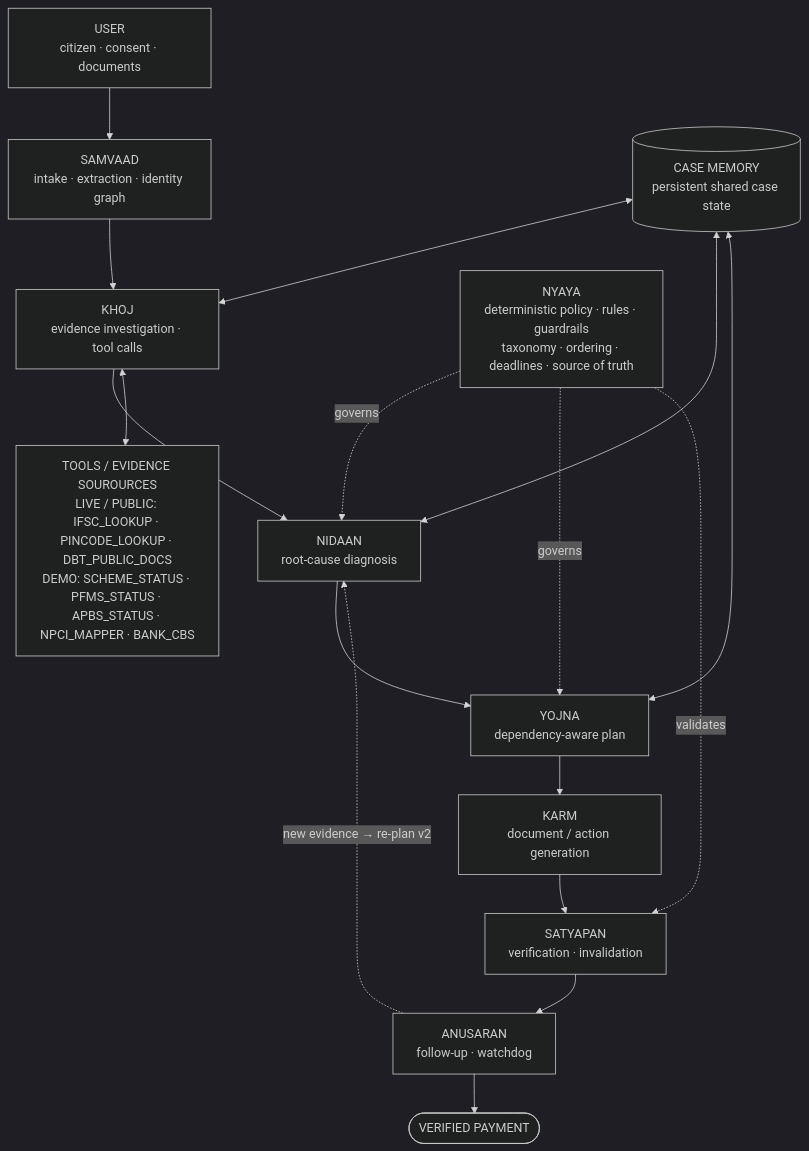
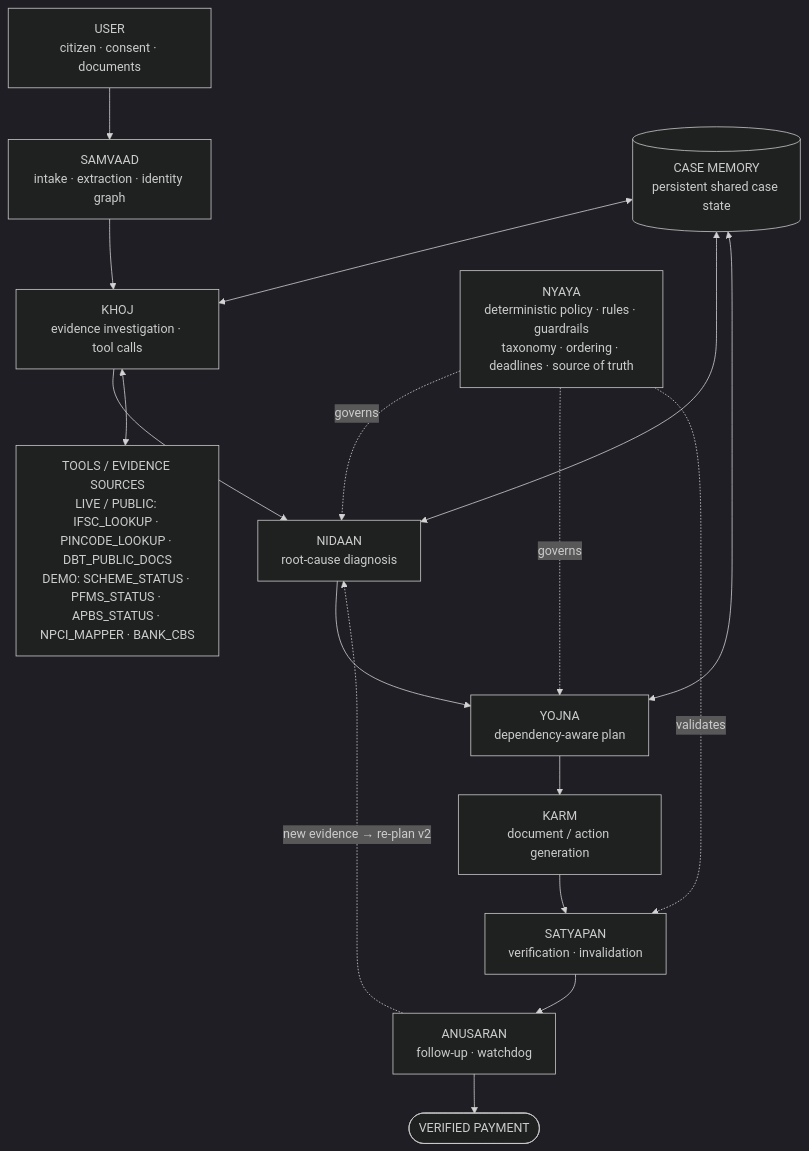
Before and after one commit to harshtakalkar037-boop/HAQ-DBT-Recovery-Agent: the diagram in README.md, drawn with Mermaid (dark theme). The commit also changed other lines of this file, not shown here.

````diff
--- a/README.md
+++ b/README.md
@@ -263,26 +264,26 @@
 ```mermaid
 flowchart TD
     U["USER<br/>citizen · consent · documents"] --> S["SAMVAAD<br/>intake · extraction · identity graph"]
     S --> K["KHOJ<br/>evidence investigation · tool calls"]
     K --> N["NIDAAN<br/>root-cause diagnosis"]
     N --> Y["YOJNA<br/>dependency-aware plan"]
     Y --> KA["KARM<br/>document / action generation"]
     KA --> SA["SATYAPAN<br/>verification · invalidation"]
     SA --> AN["ANUSARAN<br/>follow-up · watchdog"]
     AN --> V(["VERIFIED PAYMENT"])
 
     AN -. "new evidence → re-plan v2" .-> N
 
-    T["TOOLS / EVIDENCE SOUROURCES<br/>LIVE / PUBLIC: IFSC_LOOKUP · PINCODE_LOOKUP · DBT_PUBLIC_DOCS<br/>DEMO: SCHEME_STATUS · PFMS_STATUS · APBS_STATUS · NPCI_MAPPER · BANK_CBS"]
+    T["TOOLS / EVIDENCE SOURCES<br/>LIVE / PUBLIC: IFSC_LOOKUP · PINCODE_LOOKUP · DBT_PUBLIC_DOCS<br/>DEMO: SCHEME_STATUS · PFMS_STATUS · APBS_STATUS · NPCI_MAPPER · BANK_CBS"]
     K <--> T
 
     NY["NYAYA<br/>deterministic policy · rules · guardrails<br/>taxonomy · ordering · deadlines · source of truth"]
     NY -. "governs" .-> N
     NY -. "governs" .-> Y
     NY -. "validates" .-> SA
 
     CM[("CASE MEMORY<br/>persistent shared case state")]
     CM <--> K
     CM <--> N
     CM <--> Y
 ```
````
